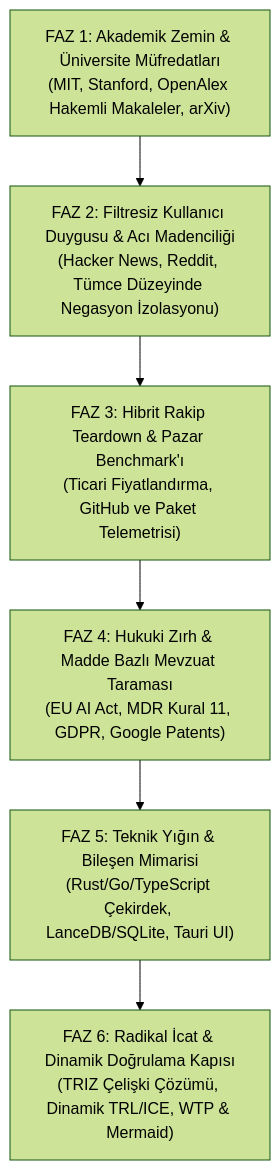
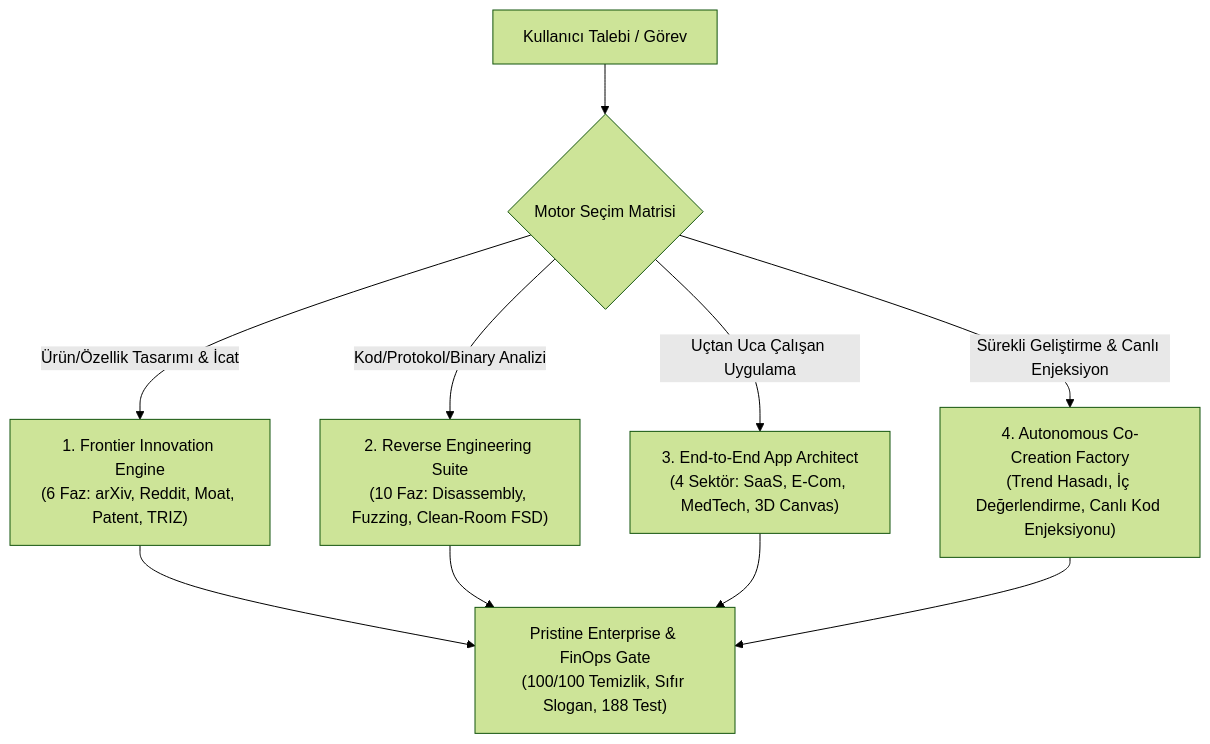
One commit to omerefezobar-jpg/zobar-skill changed the diagram in SKILL.md. Above: the diagram before and after it, drawn with Mermaid (forest theme). The commit also changed other lines of this file and 5 other files, not shown here.

````diff
--- a/SKILL.md
+++ b/SKILL.md
@@ -29,8 +39,14 @@
 ```mermaid
 flowchart TD
-    A["FAZ 1: Akademik Zemin & Üniversite Müfredatları<br/>(MIT, Stanford, OpenAlex Hakemli Makaleler, arXiv)"] --> B["FAZ 2: Filtresiz Kullanıcı Duygusu & Acı Madenciliği<br/>(Hacker News, Reddit, Tümce Düzeyinde Negasyon İzolasyonu)"]
-    B --> C["FAZ 3: Hibrit Rakip Teardown & Pazar Benchmark'ı<br/>(Ticari Fiyatlandırma, GitHub ve Paket Telemetrisi)"]
-    C --> D["FAZ 4: Hukuki Zırh & Madde Bazlı Mevzuat Taraması<br/>(EU AI Act, MDR Kural 11, GDPR, Google Patents)"]
-    D --> E["FAZ 5: Teknik Yığın & Bileşen Mimarisi<br/>(Rust/Go/TypeScript Çekirdek, LanceDB/SQLite, Tauri UI)"]
-    E --> F["FAZ 6: Radikal İcat & Dinamik Doğrulama Kapısı<br/>(TRIZ Çelişki Çözümü, Dinamik TRL/ICE, WTP & Mermaid)"]
+    User["Kullanıcı Talebi / Görev"] --> Router{"Motor Seçim Matrisi"}
+    
+    Router -->|"Ürün/Özellik Tasarımı & İcat"| E1["1. Frontier Innovation Engine<br/>(6 Faz: arXiv, Reddit, Moat, Patent, TRIZ)"]
+    Router -->|"Kod/Protokol/Binary Analizi"| E2["2. Reverse Engineering Suite<br/>(10 Faz: Disassembly, Fuzzing, Clean-Room FSD)"]
+    Router -->|"Uçtan Uca Çalışan Uygulama"| E3["3. End-to-End App Architect<br/>(4 Sektör: SaaS, E-Com, MedTech, 3D Canvas)"]
+    Router -->|"Sürekli Geliştirme & Canlı Enjeksiyon"| E4["4. Autonomous Co-Creation Factory<br/>(Trend Hasadı, İç Değerlendirme, Canlı Kod Enjeksiyonu)"]
+    
+    E1 --> QA["Pristine Enterprise & FinOps Gate<br/>(100/100 Temizlik, Sıfır Slogan, 188 Test)"]
+    E2 --> QA
+    E3 --> QA
+    E4 --> QA
 ```
````
